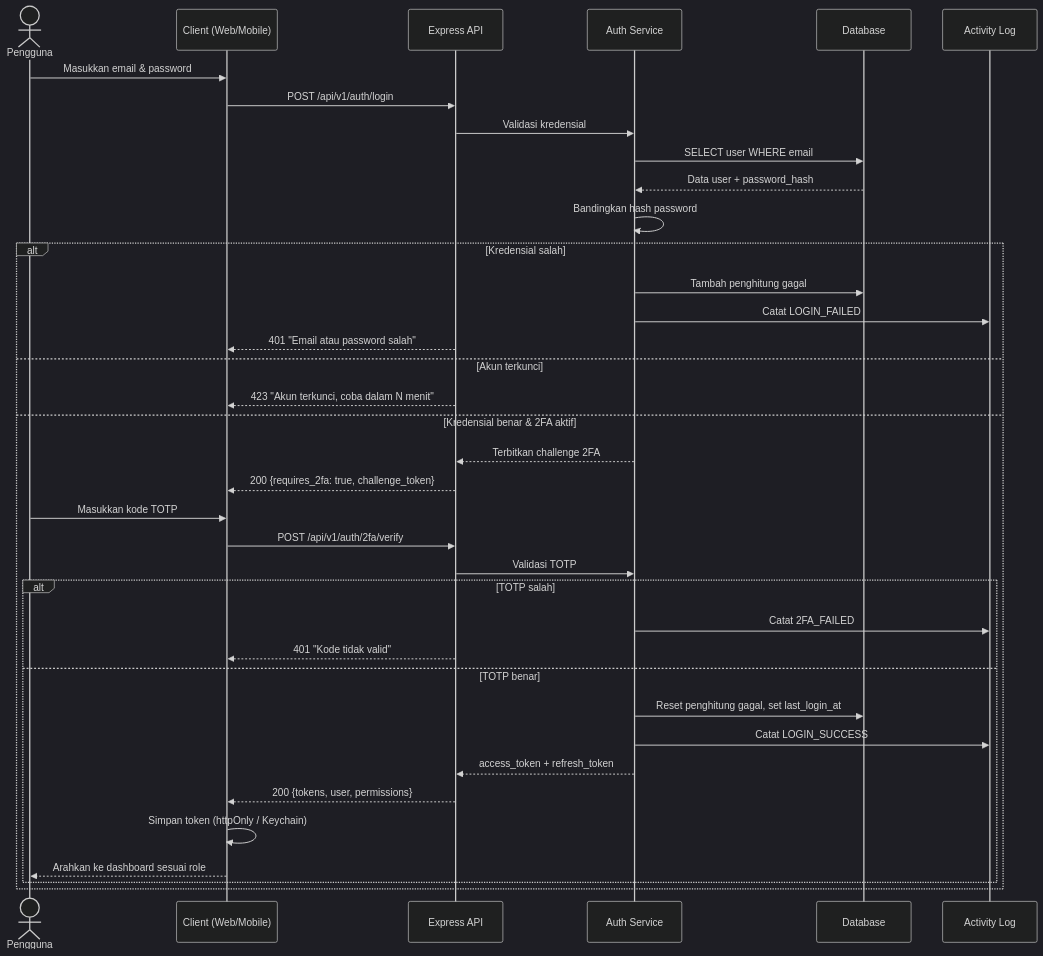
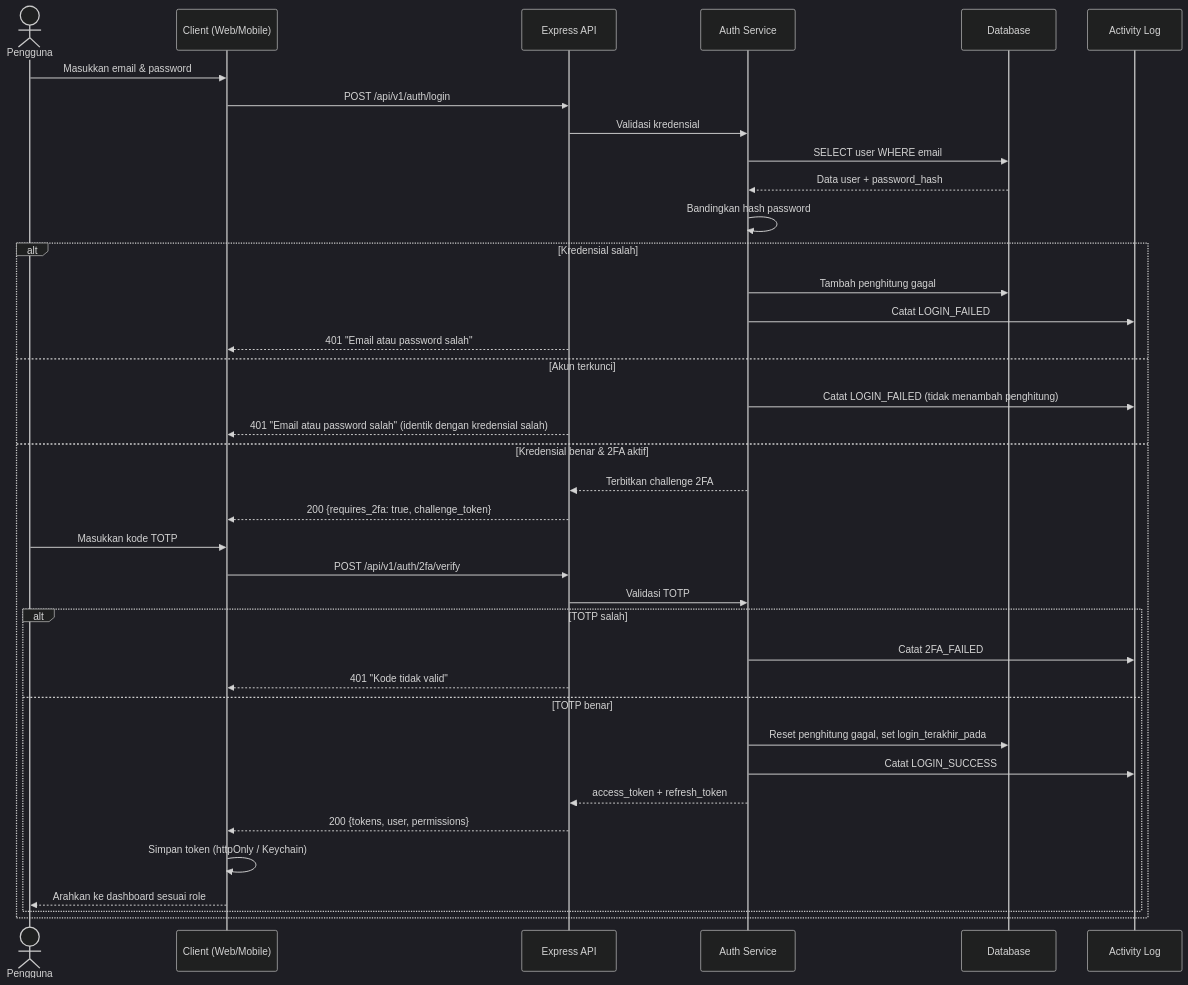
The diagram in docs/PRD/02-modules/m01-auth.md (HanzzzBD/SIGM4), drawn with Mermaid (dark theme) before and after one commit. The commit also changed other lines of this file and 432 other files, not shown here.

````diff
--- a/docs/PRD/02-modules/m01-auth.md
+++ b/docs/PRD/02-modules/m01-auth.md
@@ -29,41 +29,42 @@
 ```mermaid
 sequenceDiagram
     actor U as Pengguna
     participant C as Client (Web/Mobile)
     participant API as Express API
     participant AUTH as Auth Service
     participant DB as Database
     participant LOG as Activity Log
 
     U->>C: Masukkan email & password
     C->>API: POST /api/v1/auth/login
     API->>AUTH: Validasi kredensial
     AUTH->>DB: SELECT user WHERE email
     DB-->>AUTH: Data user + password_hash
     AUTH->>AUTH: Bandingkan hash password
 
     alt Kredensial salah
         AUTH->>DB: Tambah penghitung gagal
         AUTH->>LOG: Catat LOGIN_FAILED
         API-->>C: 401 "Email atau password salah"
     else Akun terkunci
-        API-->>C: 423 "Akun terkunci, coba dalam N menit"
+        AUTH->>LOG: Catat LOGIN_FAILED (tidak menambah penghitung)
+        API-->>C: 401 "Email atau password salah" (identik dengan kredensial salah)
     else Kredensial benar & 2FA aktif
         AUTH-->>API: Terbitkan challenge 2FA
         API-->>C: 200 {requires_2fa: true, challenge_token}
         U->>C: Masukkan kode TOTP
         C->>API: POST /api/v1/auth/2fa/verify
         API->>AUTH: Validasi TOTP
         alt TOTP salah
             AUTH->>LOG: Catat 2FA_FAILED
             API-->>C: 401 "Kode tidak valid"
         else TOTP benar
-            AUTH->>DB: Reset penghitung gagal, set last_login_at
+            AUTH->>DB: Reset penghitung gagal, set login_terakhir_pada
             AUTH->>LOG: Catat LOGIN_SUCCESS
             AUTH-->>API: access_token + refresh_token
             API-->>C: 200 {tokens, user, permissions}
             C->>C: Simpan token (httpOnly / Keychain)
             C-->>U: Arahkan ke dashboard sesuai role
         end
     end
 ```
````
